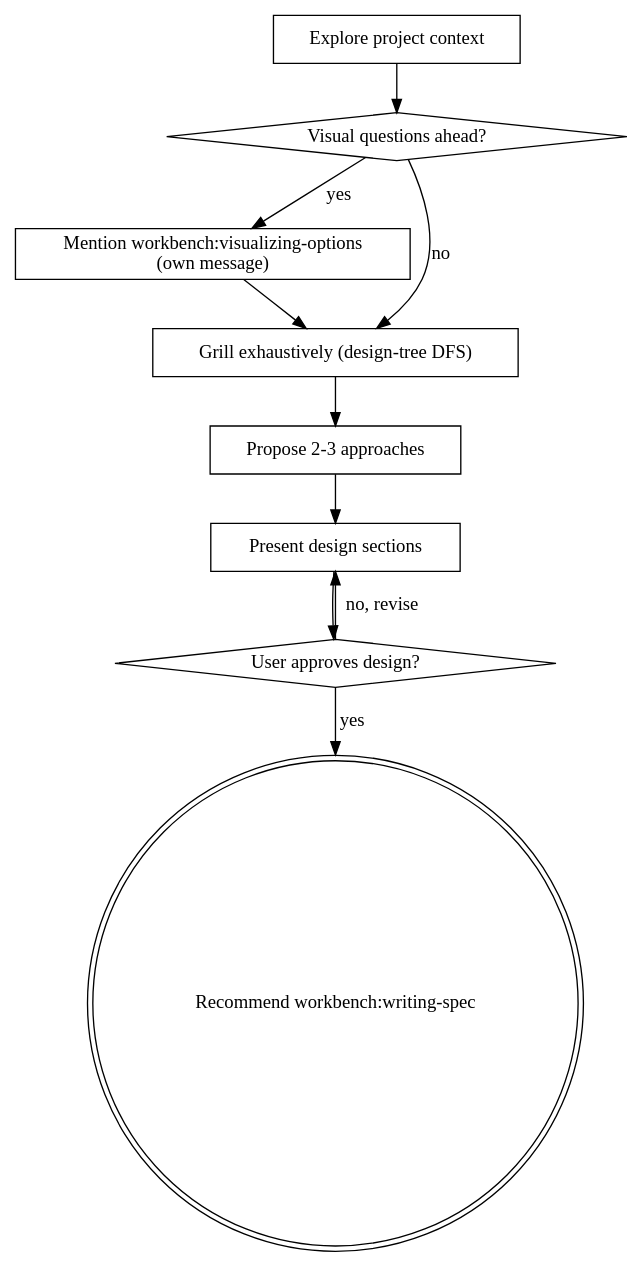
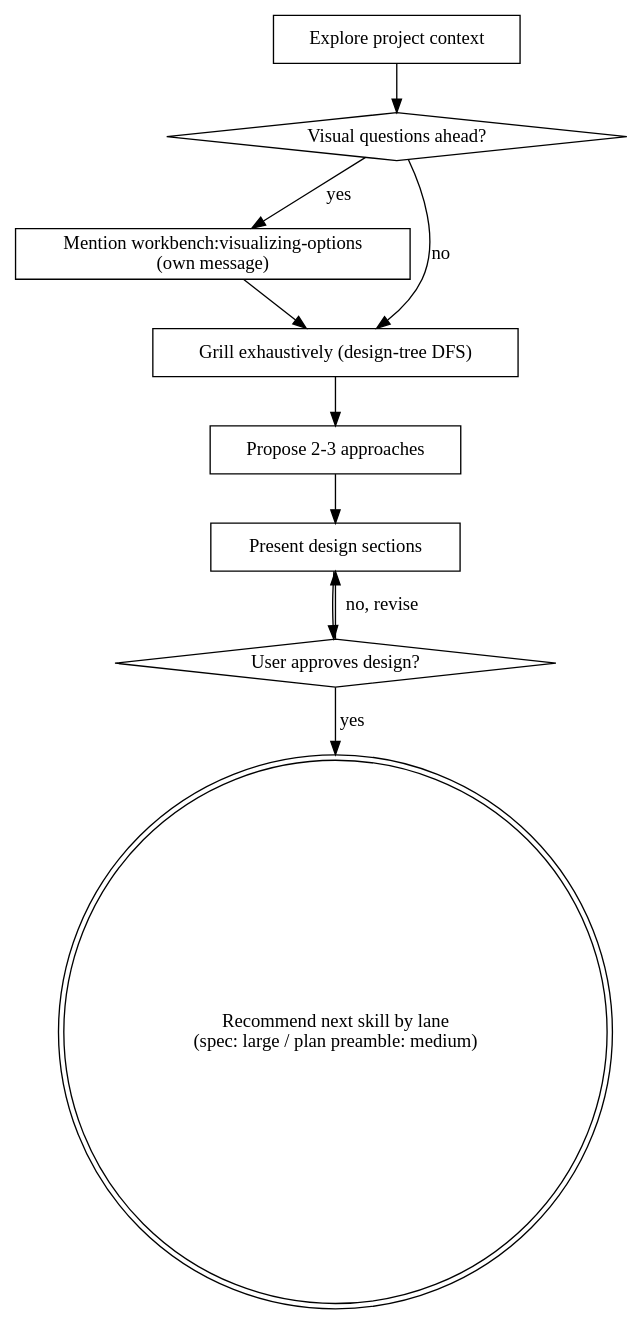
One commit to Spycner/claude changed the diagram in plugins/workbench/skills/brainstorming/SKILL.md. Above: the diagram before and after it, drawn with Graphviz. The commit also changed other lines of this file and 35 other files, not shown here.

````diff
--- a/plugins/workbench/skills/brainstorming/SKILL.md
+++ b/plugins/workbench/skills/brainstorming/SKILL.md
@@ -66,22 +71,22 @@
 ```dot
 digraph brainstorming {
     "Explore project context" [shape=box];
     "Visual questions ahead?" [shape=diamond];
     "Mention workbench:visualizing-options\n(own message)" [shape=box];
     "Grill exhaustively (design-tree DFS)" [shape=box];
     "Propose 2-3 approaches" [shape=box];
     "Present design sections" [shape=box];
     "User approves design?" [shape=diamond];
-    "Recommend workbench:writing-spec" [shape=doublecircle];
+    "Recommend next skill by lane\n(spec: large / plan preamble: medium)" [shape=doublecircle];
 
     "Explore project context" -> "Visual questions ahead?";
     "Visual questions ahead?" -> "Mention workbench:visualizing-options\n(own message)" [label="yes"];
     "Visual questions ahead?" -> "Grill exhaustively (design-tree DFS)" [label="no"];
     "Mention workbench:visualizing-options\n(own message)" -> "Grill exhaustively (design-tree DFS)";
     "Grill exhaustively (design-tree DFS)" -> "Propose 2-3 approaches";
     "Propose 2-3 approaches" -> "Present design sections";
     "Present design sections" -> "User approves design?";
     "User approves design?" -> "Present design sections" [label="no, revise"];
-    "User approves design?" -> "Recommend workbench:writing-spec" [label="yes"];
+    "User approves design?" -> "Recommend next skill by lane\n(spec: large / plan preamble: medium)" [label="yes"];
 }
 ```
````
